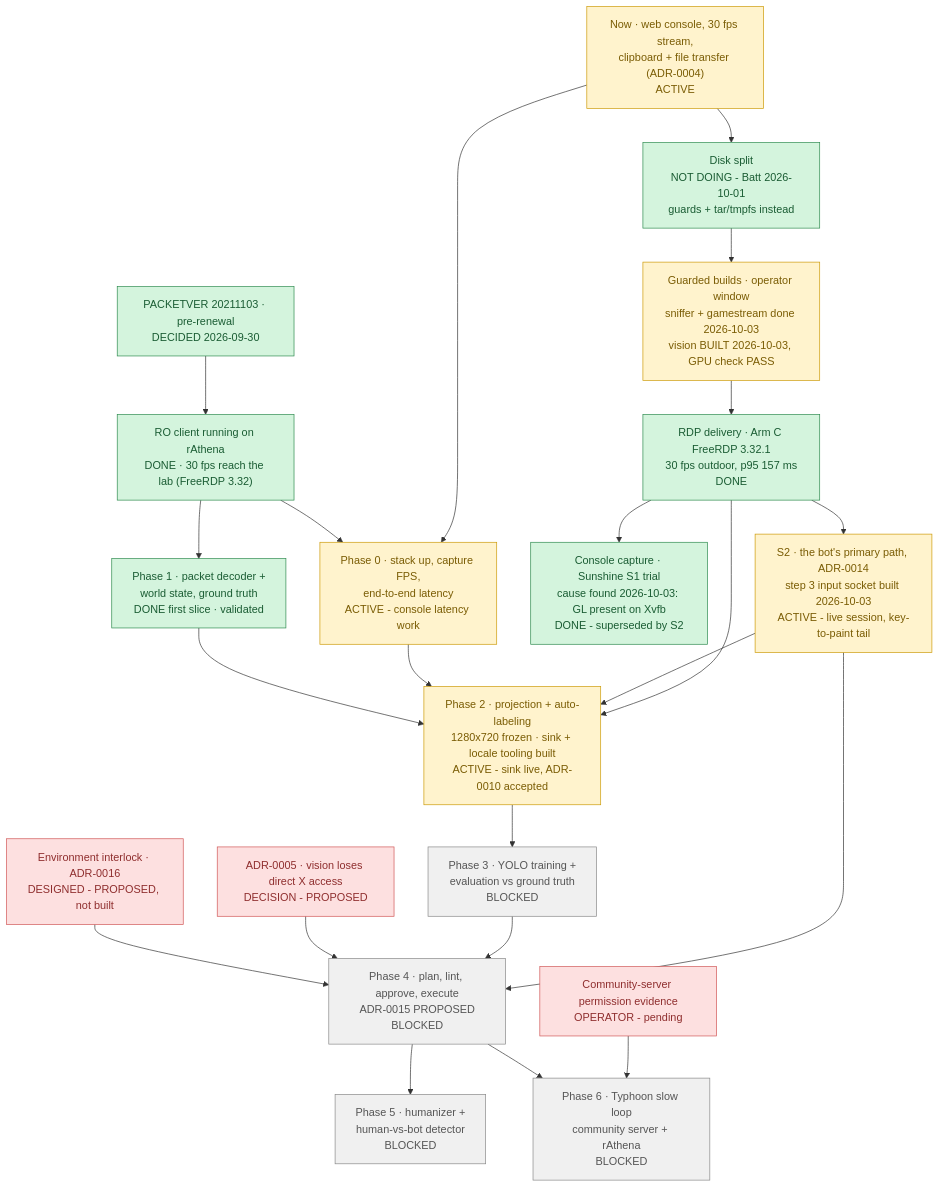
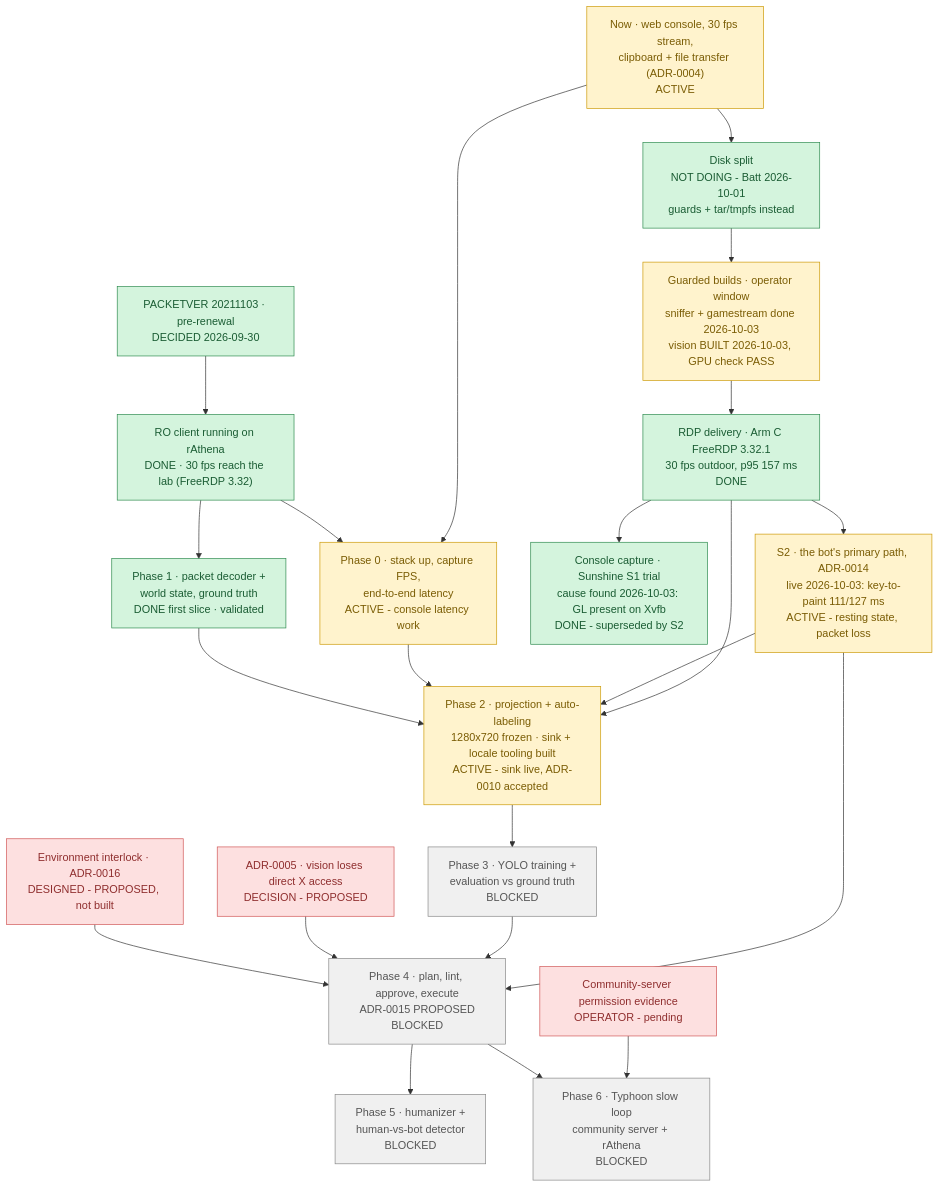
One commit to lumduan/poring-lab changed the diagram in docs/ROADMAP.md. Above: the diagram before and after it, drawn with Mermaid. The commit also changed other lines of this file and 4 other files, not shown here.

````diff
--- a/docs/ROADMAP.md
+++ b/docs/ROADMAP.md
@@ -11,53 +11,53 @@
 ```mermaid
 flowchart TD
     N1["Now · web console, 30 fps stream,<br/>clipboard + file transfer (ADR-0004)<br/>ACTIVE"]
     N2["Disk split<br/>NOT DOING - Batt 2026-10-01<br/>guards + tar/tmpfs instead"]
     N3["Guarded builds · operator window<br/>sniffer + gamestream done 2026-10-03<br/>vision BUILT 2026-10-03, GPU check PASS"]
     D1["PACKETVER 20211103 · pre-renewal<br/>DECIDED 2026-09-30"]
     S1["RO client running on rAthena<br/>DONE · 30 fps reach the lab (FreeRDP 3.32)"]
     D2["ADR-0005 · vision loses direct X access<br/>DECISION - PROPOSED"]
     D3["Environment interlock · ADR-0016<br/>DESIGNED - PROPOSED, not built"]
     E1["Community-server permission evidence<br/>OPERATOR - pending"]
     P0["Phase 0 · stack up, capture FPS,<br/>end-to-end latency<br/>ACTIVE - console latency work"]
     P1["Phase 1 · packet decoder +<br/>world state, ground truth<br/>DONE first slice · validated"]
     H1["RDP delivery · Arm C FreeRDP 3.32.1<br/>30 fps outdoor, p95 157 ms<br/>DONE"]
     C1["Console capture · Sunshine S1 trial<br/>cause found 2026-10-03: GL present on Xvfb<br/>DONE - superseded by S2"]
-    S2["S2 · the bot's primary path, ADR-0014<br/>step 3 input socket built 2026-10-03<br/>ACTIVE - live session, key-to-paint tail"]
+    S2["S2 · the bot's primary path, ADR-0014<br/>live 2026-10-03: key-to-paint 111/127 ms<br/>ACTIVE - resting state, packet loss"]
     P2["Phase 2 · projection + auto-labeling<br/>1280x720 frozen · sink + locale tooling built<br/>ACTIVE - sink live, ADR-0010 accepted"]
     P3["Phase 3 · YOLO training +<br/>evaluation vs ground truth<br/>BLOCKED"]
     P4["Phase 4 · plan, lint, approve, execute<br/>ADR-0015 PROPOSED<br/>BLOCKED"]
     P5["Phase 5 · humanizer +<br/>human-vs-bot detector<br/>BLOCKED"]
     P6["Phase 6 · Typhoon slow loop<br/>community server + rAthena<br/>BLOCKED"]
 
     N1 --> N2 --> N3
     N3 --> H1
     H1 --> C1
     H1 --> S2
     H1 --> P2
     S2 --> P2
     S2 --> P4
     D1 --> S1
     N1 --> P0
     S1 --> P0
     S1 --> P1
     P0 --> P2
     P1 --> P2
     P2 --> P3 --> P4
     D2 --> P4
     D3 --> P4
     E1 --> P6
     P4 --> P5
     P4 --> P6
 
     classDef done     fill:#d4f4dd,stroke:#2d8a4e,color:#1a5c33
     classDef active   fill:#fff3cd,stroke:#cc9a06,color:#7a5c04
     classDef ready    fill:#d6e9ff,stroke:#3b7dd8,color:#1e4d8f
     classDef blocked  fill:#f0f0f0,stroke:#888,color:#555
     classDef decision fill:#fde0e0,stroke:#d05555,color:#8f2e2e
     classDef goal     fill:#ede0fb,stroke:#8a5cd8,color:#4d2e8f
 
     class D1,S1,P1,N2,H1,C1 done
     class N1,P0,P2,S2,N3 active
     class D2,D3,E1 decision
     class P3,P4,P5,P6 blocked
 ```
````
